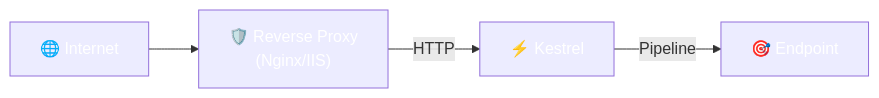
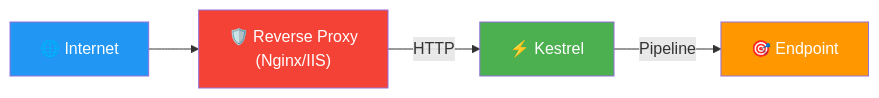
The fifth of 6 diagrams in 05-arquitectura-pipeline.md (joseluisgs/DesarrolloWebEntornosServidor-02-2026-2027), drawn with Mermaid before and after one commit. The commit also changed other lines of this file and 29 other files, not shown here.

Commit message:
docs: corregir estilos Mermaid y estilo, quitar referencias a la Tienda y reestructurar los retos 13 y 15

````diff
--- a/05-arquitectura-pipeline.md
+++ b/05-arquitectura-pipeline.md
@@ -240,10 +240,10 @@
 ```mermaid
 flowchart LR
     A["🌐 Internet"] --> B["🛡️ Reverse Proxy<br/>(Nginx/IIS)"]
     B -->|HTTP| C["⚡ Kestrel"]
     C -->|Pipeline| D["🎯 Endpoint"]
-    style A fill:#2196F,color:#fff3,color:#fff
-    style B fill:#f4433,color:#fff6,color:#fff
-    style C fill:#4CAF5,color:#fff0,color:#fff
-    style D fill:#FF980,color:#fff0,color:#fff
+    style A fill:#2196F3,color:#fff
+    style B fill:#f44336,color:#fff
+    style C fill:#4CAF50,color:#fff
+    style D fill:#FF9800,color:#fff
 ```
````
